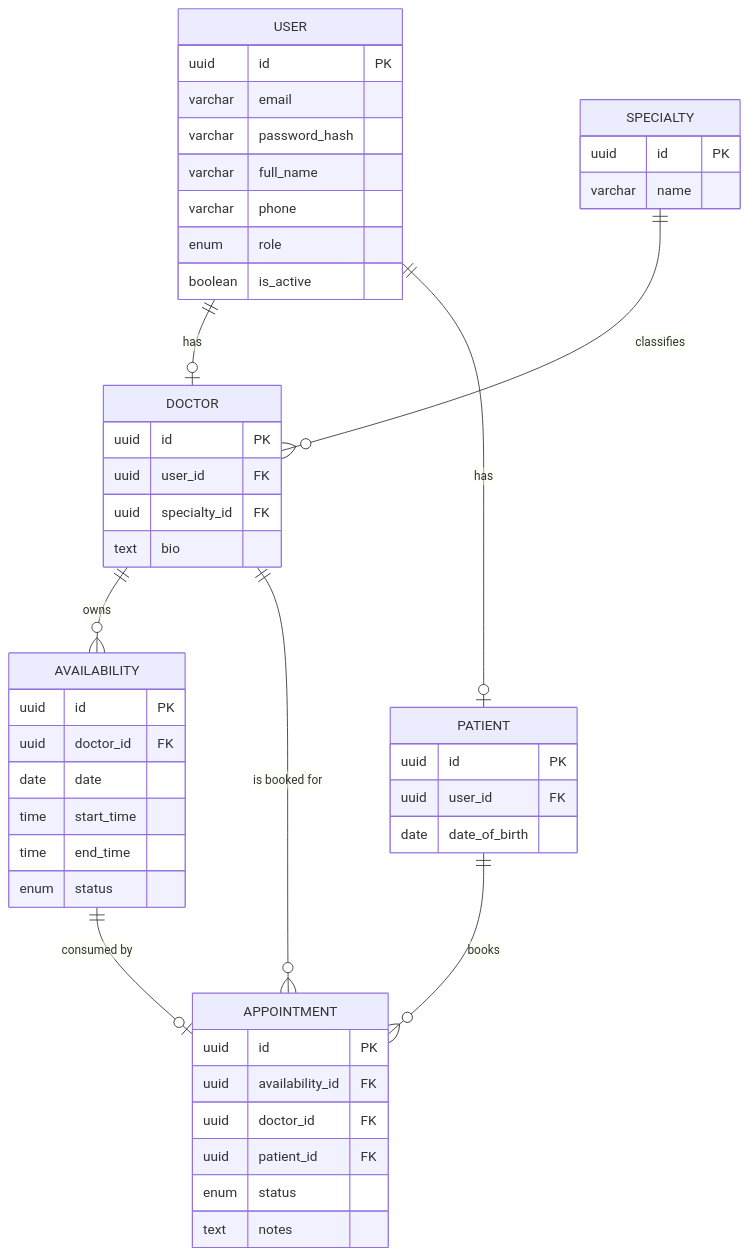
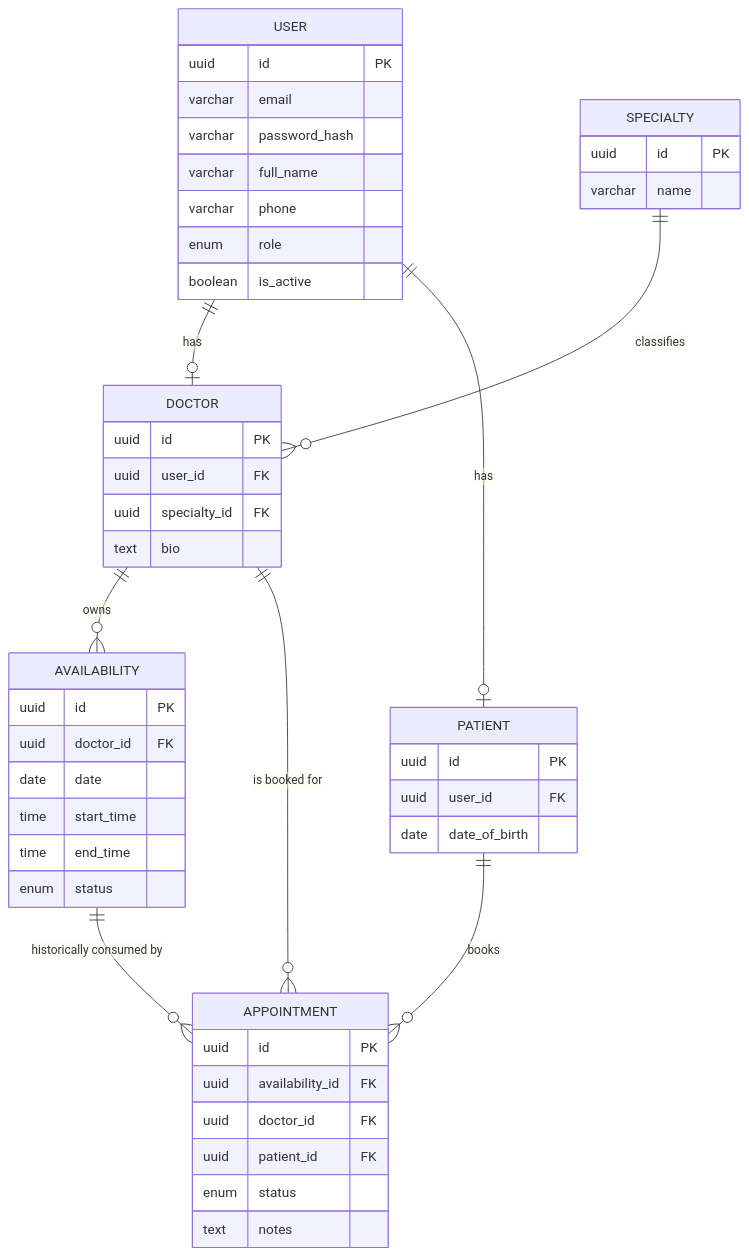
The diagram in docs/DATABASE.md (omarmoashraf/Clinic-Booking-System-API), drawn with Mermaid before and after one commit. The commit also changed other lines of this file and 12 other files, not shown here.

````diff
--- a/docs/DATABASE.md
+++ b/docs/DATABASE.md
@@ -130,51 +133,51 @@
 ```mermaid
 erDiagram
     USER ||--o| DOCTOR : has
     USER ||--o| PATIENT : has
     SPECIALTY ||--o{ DOCTOR : classifies
     DOCTOR ||--o{ AVAILABILITY : owns
     DOCTOR ||--o{ APPOINTMENT : "is booked for"
     PATIENT ||--o{ APPOINTMENT : books
-    AVAILABILITY ||--o| APPOINTMENT : "consumed by"
+    AVAILABILITY ||--o{ APPOINTMENT : "historically consumed by"
 
     USER {
         uuid id PK
         varchar email
         varchar password_hash
         varchar full_name
         varchar phone
         enum role
         boolean is_active
     }
     SPECIALTY {
         uuid id PK
         varchar name
     }
     DOCTOR {
         uuid id PK
         uuid user_id FK
         uuid specialty_id FK
         text bio
     }
     PATIENT {
         uuid id PK
         uuid user_id FK
         date date_of_birth
     }
     AVAILABILITY {
         uuid id PK
         uuid doctor_id FK
         date date
         time start_time
         time end_time
         enum status
     }
     APPOINTMENT {
         uuid id PK
         uuid availability_id FK
         uuid doctor_id FK
         uuid patient_id FK
         enum status
         text notes
     }
 ```
````
